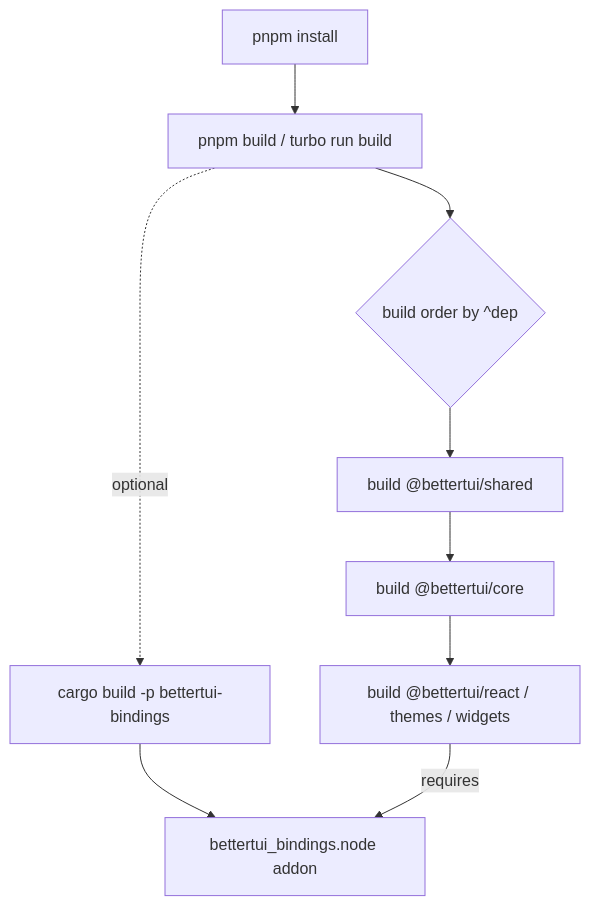
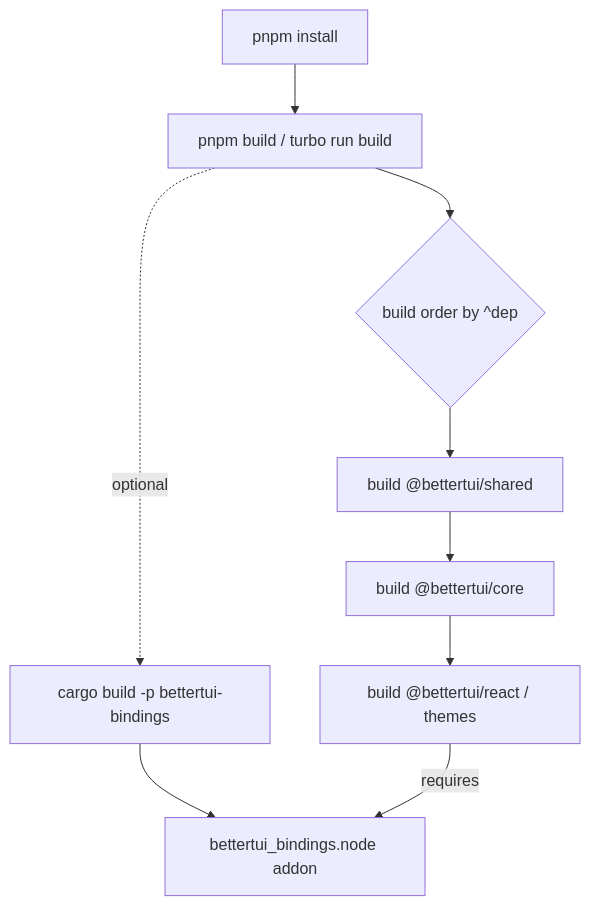
One commit to localfirstai/bettertui changed the fourth of 6 diagrams in docs/architecture/Overview.md. Above: the diagram before and after it, drawn with Mermaid. The commit also changed other lines of this file and 15 other files, not shown here.

````diff
--- a/docs/architecture/Overview.md
+++ b/docs/architecture/Overview.md
@@ -115,11 +112,11 @@
 ```mermaid
 flowchart TD
     A[pnpm install] --> B[pnpm build / turbo run build]
     B --> C{build order by ^dep}
     C --> D[build @bettertui/shared]
     D --> E[build @bettertui/core]
-    E --> F[build @bettertui/react / themes / widgets]
+    E --> F[build @bettertui/react / themes]
     B -. optional .-> G[cargo build -p bettertui-bindings]
     G --> H[bettertui_bindings.node addon]
     F -->|requires| H
 ```
````
